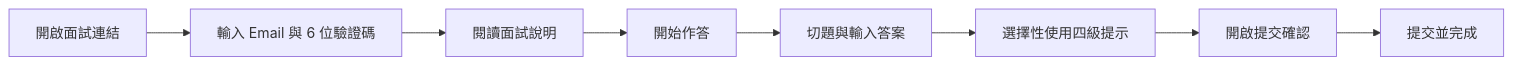
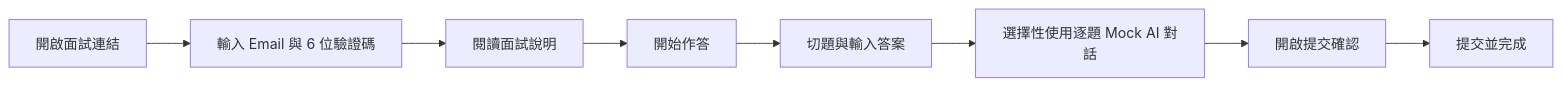
One commit to nicholas950293/Talentscope changed the third of 3 diagrams in docs/USER_FLOWS.md. Above: the diagram before and after it, drawn with Mermaid. The commit also changed other lines of this file and 17 other files, not shown here.

````diff
--- a/docs/USER_FLOWS.md
+++ b/docs/USER_FLOWS.md
@@ -65,10 +65,10 @@
 ```mermaid
 flowchart LR
     A["開啟面試連結"] --> B["輸入 Email 與 6 位驗證碼"]
     B --> C["閱讀面試說明"]
     C --> D["開始作答"]
     D --> E["切題與輸入答案"]
-    E --> F["選擇性使用四級提示"]
+E --> F["選擇性使用逐題 Mock AI 對話"]
     F --> G["開啟提交確認"]
     G --> H["提交並完成"]
 ```
````
